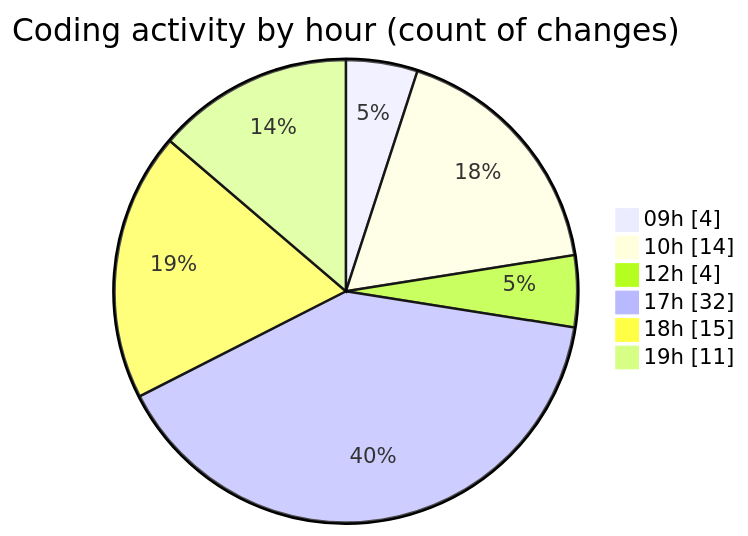
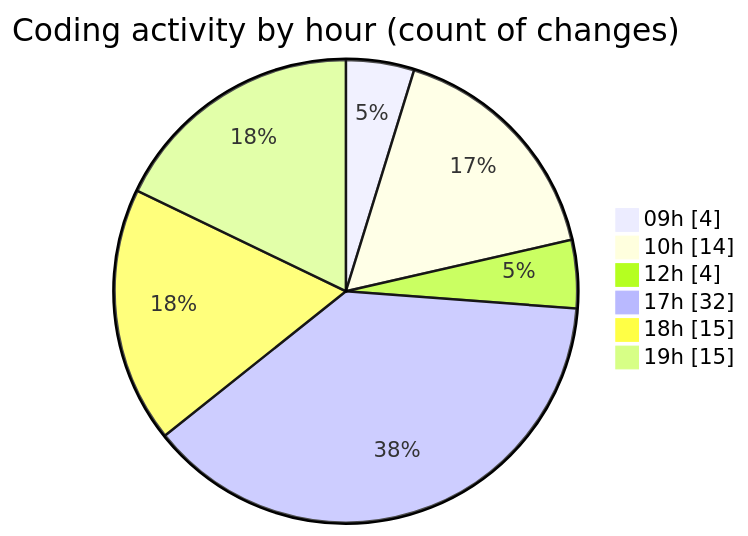
Before and after one commit to Elitesun/code-tracking: the second of 2 diagrams in 2025-05-06/niten/README.md, drawn with Mermaid. The commit also changed other lines of this file and 1 other file, not shown here.

````diff
--- a/2025-05-06/niten/README.md
+++ b/2025-05-06/niten/README.md
@@ -59,10 +59,10 @@
 ```mermaid
 pie showData
 title Coding activity by hour (count of changes)
 "09h" : 4
 "10h" : 14
 "12h" : 4
 "17h" : 32
 "18h" : 15
-"19h" : 11
+"19h" : 15
 ```
````
